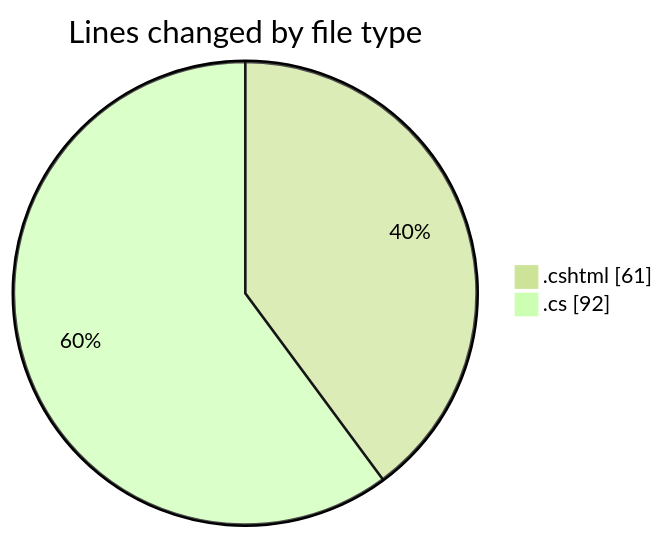
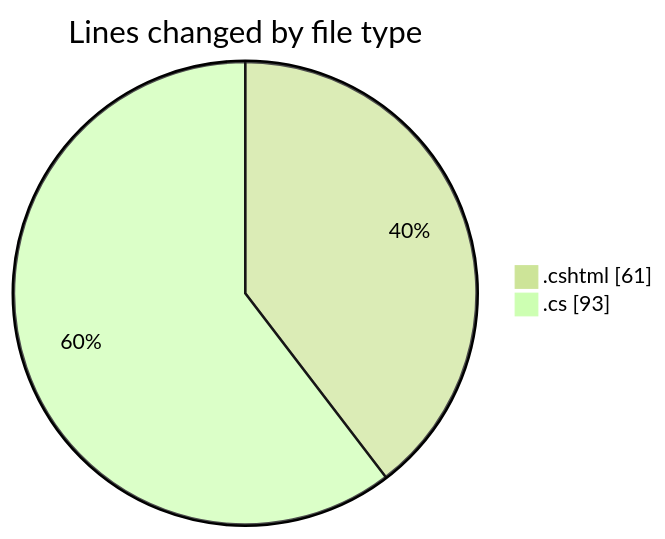
Before and after one commit to lephambinh05/code-tracking: the first of 2 diagrams in 2025-07-17/nhahang/README.md, drawn with Mermaid (forest theme). The commit also changed other lines of this file and 1 other file, not shown here.

````diff
--- a/2025-07-17/nhahang/README.md
+++ b/2025-07-17/nhahang/README.md
@@ -22,6 +22,6 @@
 ```mermaid
 pie showData
 title Lines changed by file type
 ".cshtml" : 61
-".cs" : 92
+".cs" : 93
 ```
````
